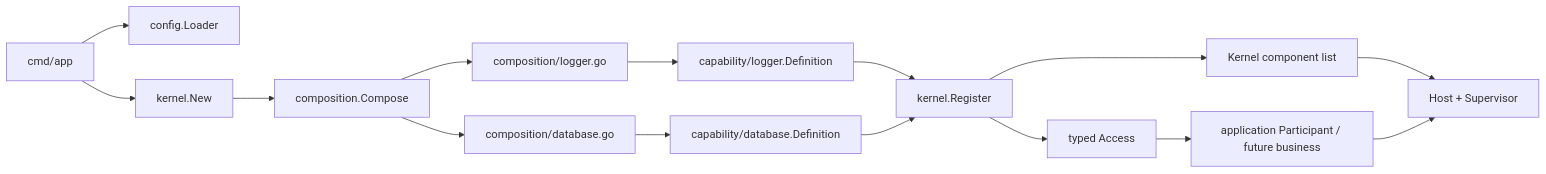
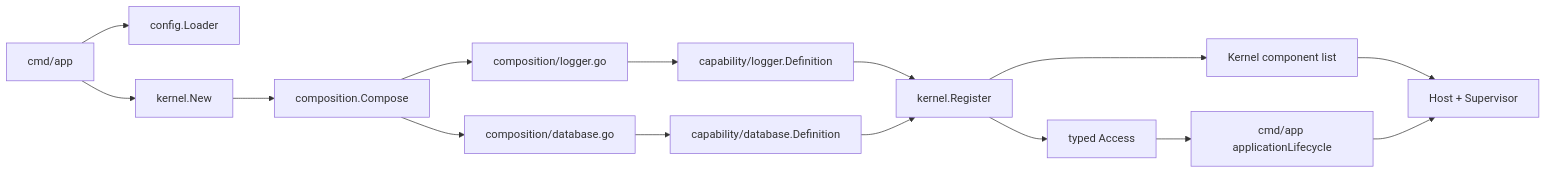
The diagram in docs/research/002-kernel-app-manual-composition/01-current-path-and-confusion.md (rin721/go-scaffold-template), drawn with Mermaid before and after one commit. The commit also changed other lines of this file and 14 other files, not shown here.

````diff
--- a/docs/research/002-kernel-app-manual-composition/01-current-path-and-confusion.md
+++ b/docs/research/002-kernel-app-manual-composition/01-current-path-and-confusion.md
@@ -7,17 +7,17 @@
 ```mermaid
 flowchart LR
     Entry["cmd/app"] --> Loader["config.Loader"]
     Entry --> Runtime["kernel.New"]
     Runtime --> Compose["composition.Compose"]
     Compose --> LComp["composition/logger.go"]
     Compose --> DComp["composition/database.go"]
     LComp --> LDef["capability/logger.Definition"]
     DComp --> DDef["capability/database.Definition"]
     LDef --> Register["kernel.Register"]
     DDef --> Register
     Register --> Access["typed Access"]
     Register --> Kernel["Kernel component list"]
-    Access --> Business["application Participant / future business"]
+    Access --> Application["cmd/app applicationLifecycle"]
     Kernel --> Host["Host + Supervisor"]
-    Business --> Host
+    Application --> Host
 ```
````
